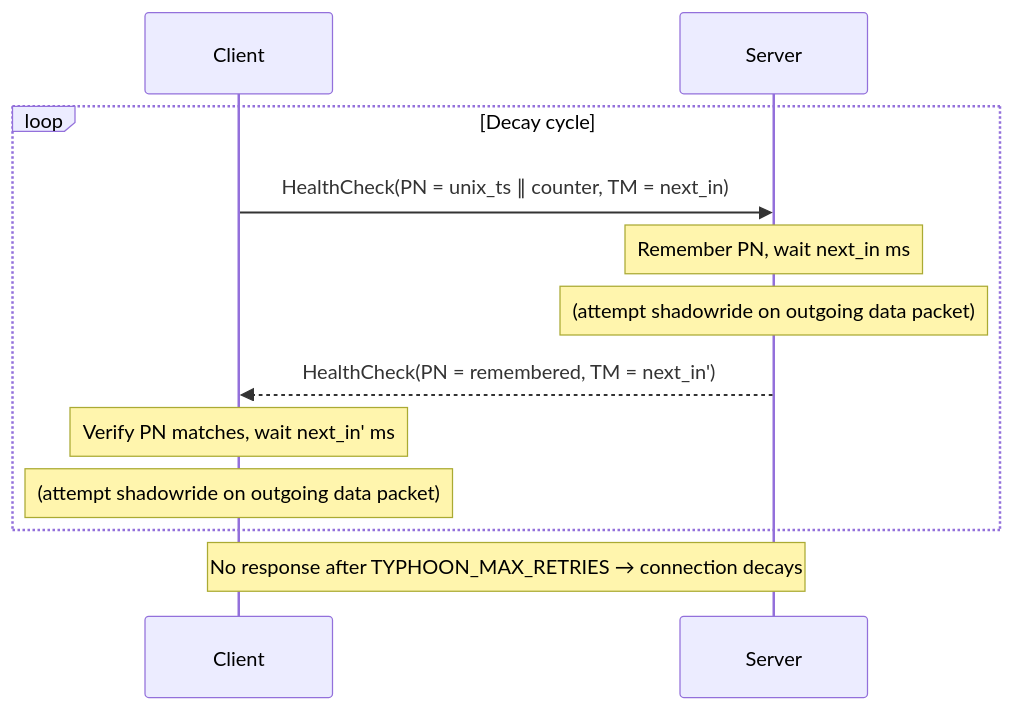
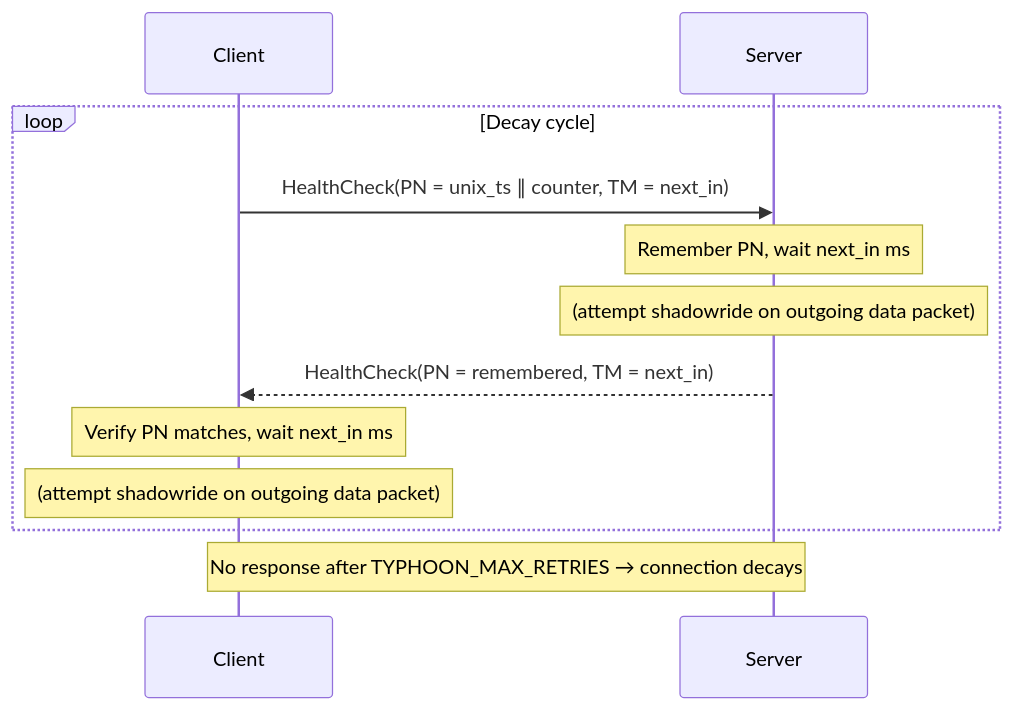
One commit to pseusys/TYPHOON changed the sixth of 8 diagrams in PROTOCOL.md. Above: the diagram before and after it, drawn with Mermaid. The commit also changed other lines of this file, not shown here.

Commit message:
one more protocol patch

````diff
--- a/PROTOCOL.md
+++ b/PROTOCOL.md
@@ -331,15 +331,15 @@
 ```mermaid
 sequenceDiagram
     participant C as Client
     participant S as Server
 
     loop Decay cycle
         C->>S: HealthCheck(PN = unix_ts ∥ counter, TM = next_in)
         Note over S: Remember PN, wait next_in ms
         Note over S: (attempt shadowride on outgoing data packet)
-        S-->>C: HealthCheck(PN = remembered, TM = next_in')
-        Note over C: Verify PN matches, wait next_in' ms
+        S-->>C: HealthCheck(PN = remembered, TM = next_in)
+        Note over C: Verify PN matches, wait next_in ms
         Note over C: (attempt shadowride on outgoing data packet)
     end
     Note over C,S: No response after TYPHOON_MAX_RETRIES → connection decays
 ```
````
